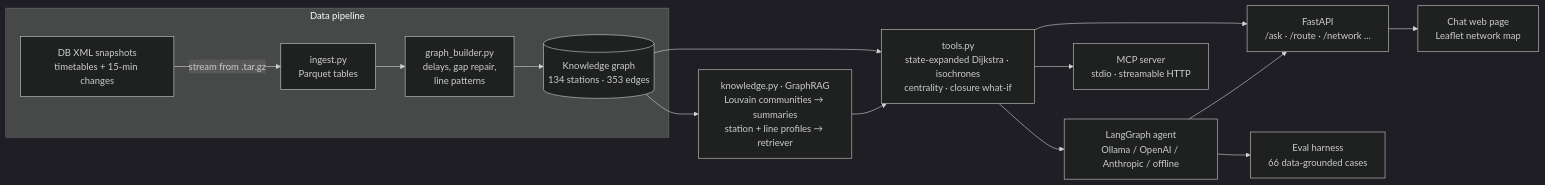
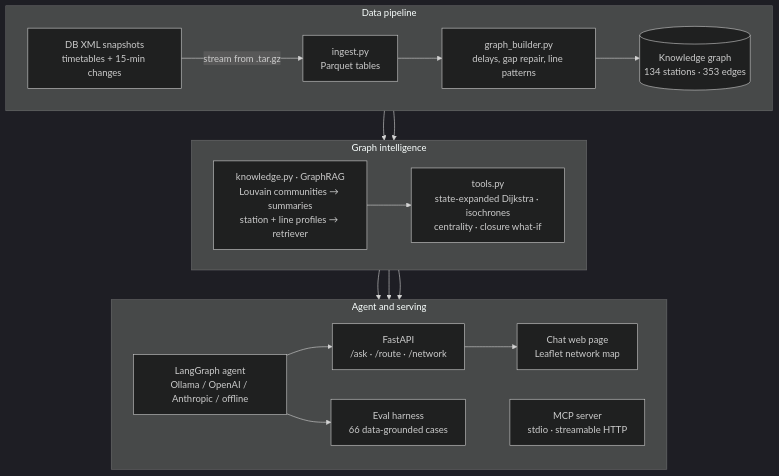
Before and after one commit to gulerece/berlin-transit-graph-agent: the diagram in README.md, drawn with Mermaid (dark theme). The commit also changed other lines of this file, not shown here.

Commit message:
Update architecture diagram

````diff
--- a/README.md
+++ b/README.md
@@ -21,17 +21,25 @@
 ```mermaid
-flowchart LR
+flowchart TB
     subgraph Data["Data pipeline"]
+        direction LR
         A[DB XML snapshots<br/>timetables + 15-min changes] -->|stream from .tar.gz| B[ingest.py<br/>Parquet tables]
-        B --> C[graph_builder.py<br/>delays, gap repair,<br/>line patterns]
+        B --> C[graph_builder.py<br/>delays, gap repair, line patterns]
         C --> G[(Knowledge graph<br/>134 stations · 353 edges)]
     end
-    G --> T[tools.py<br/>state-expanded Dijkstra · isochrones<br/>centrality · closure what-if]
-    G --> K[knowledge.py · GraphRAG<br/>Louvain communities → summaries<br/>station + line profiles → retriever]
-    K --> T
-    T --> AG[LangGraph agent<br/>Ollama / OpenAI / Anthropic / offline]
-    T --> M[MCP server<br/>stdio · streamable HTTP]
-    T --> API[FastAPI<br/>/ask · /route · /network ...]
-    AG --> API
-    API --> W[Chat web page<br/>Leaflet network map]
-    AG --> E[Eval harness<br/>66 data-grounded cases]
+    subgraph Core["Graph intelligence"]
+        direction LR
+        K[knowledge.py · GraphRAG<br/>Louvain communities → summaries<br/>station + line profiles → retriever] --> T[tools.py<br/>state-expanded Dijkstra · isochrones<br/>centrality · closure what-if]
+    end
+    subgraph Serve["Agent and serving"]
+        direction LR
+        AG[LangGraph agent<br/>Ollama / OpenAI / Anthropic / offline] --> API[FastAPI<br/>/ask · /route · /network]
+        API --> W[Chat web page<br/>Leaflet network map]
+        M[MCP server<br/>stdio · streamable HTTP]
+        AG --> E[Eval harness<br/>66 data-grounded cases]
+    end
+    G --> K
+    G --> T
+    T --> AG
+    T --> M
+    T --> API
 ```
````
